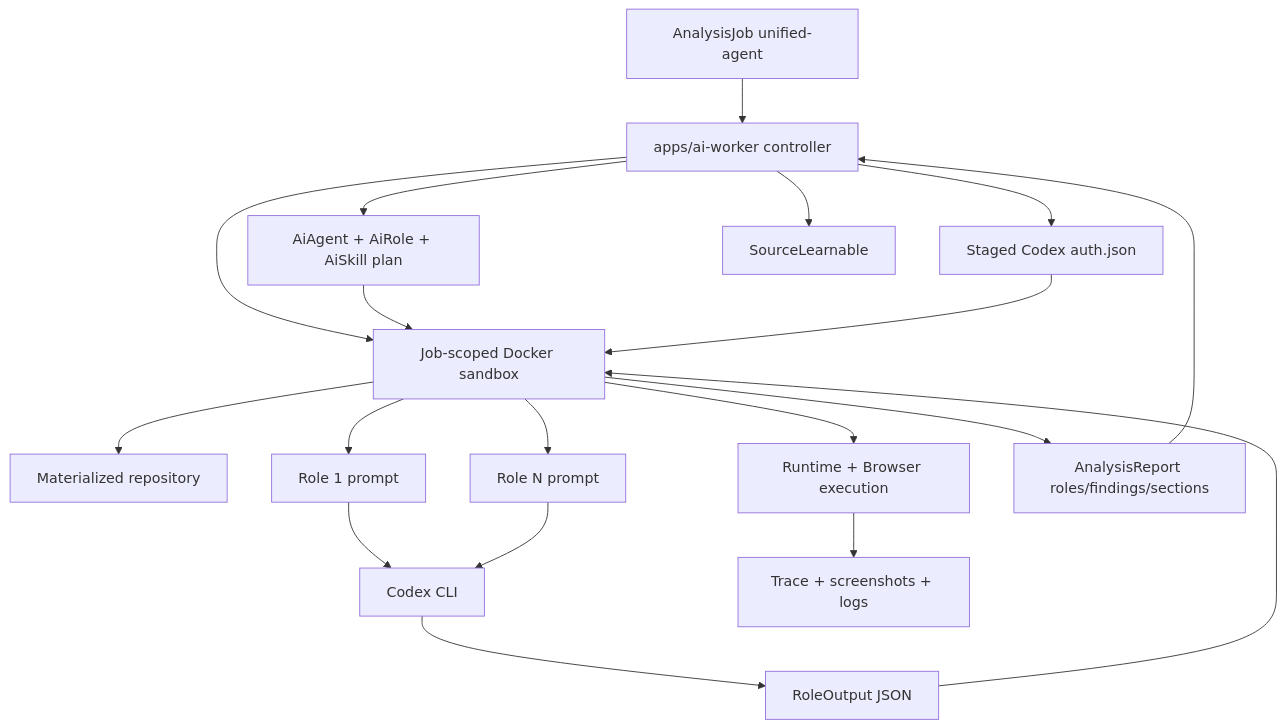
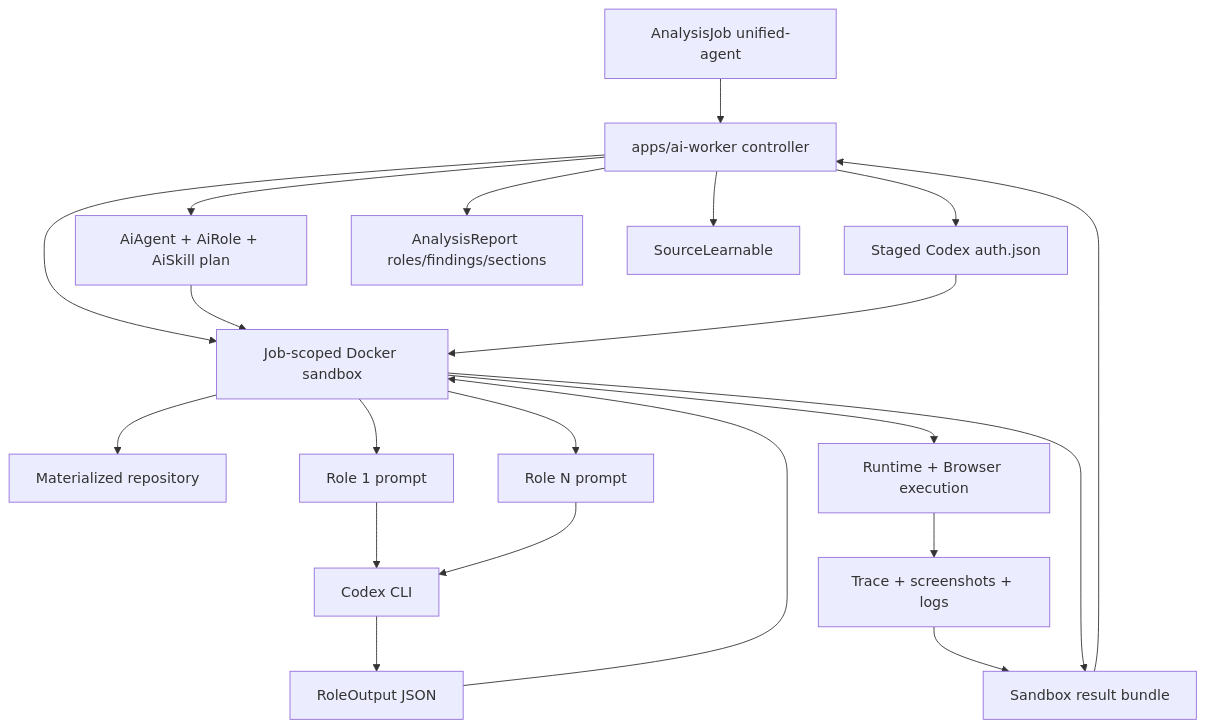
The diagram in docs/architecture/ai-agent-runtime.md (tinamk/SpecLens-Public), drawn with Mermaid before and after one commit. The commit also changed 115 other files, not shown here.

````diff
--- a/docs/architecture/ai-agent-runtime.md
+++ b/docs/architecture/ai-agent-runtime.md
@@ -11,36 +11,39 @@
 ```mermaid
 flowchart TD
   Job[AnalysisJob unified-agent]
   Worker[apps/ai-worker controller]
   Sandbox[Job-scoped Docker sandbox]
   Plan[AiAgent + AiRole + AiSkill plan]
   Source[Materialized repository]
   Auth[Staged Codex auth.json]
   Role1[Role 1 prompt]
   RoleN[Role N prompt]
   Codex[Codex CLI]
   Output[RoleOutput JSON]
   Execute[Runtime + Browser execution]
   Artifacts[Trace + screenshots + logs]
+  Result[Sandbox result bundle]
   Report[AnalysisReport roles/findings/sections]
   Learnables[SourceLearnable]
 
   Job --> Worker
   Worker --> Plan
   Worker --> Auth
   Worker --> Sandbox
   Plan --> Sandbox
   Auth --> Sandbox
   Sandbox --> Source
   Sandbox --> Role1
   Sandbox --> RoleN
   Role1 --> Codex
   RoleN --> Codex
   Codex --> Output
   Output --> Sandbox
   Sandbox --> Execute
   Execute --> Artifacts
-  Sandbox --> Report
-  Report --> Worker
+  Artifacts --> Result
+  Sandbox --> Result
+  Result --> Worker
+  Worker --> Report
   Worker --> Learnables
 ```
````
